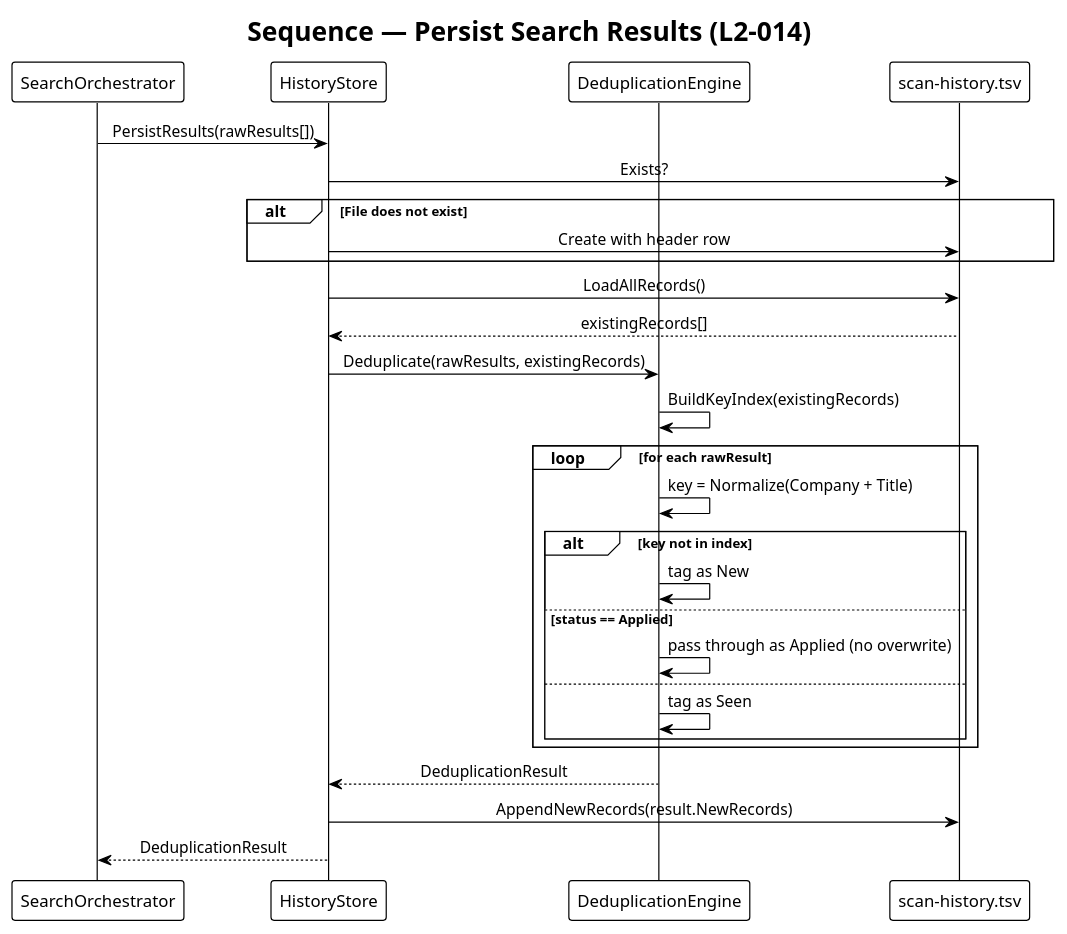
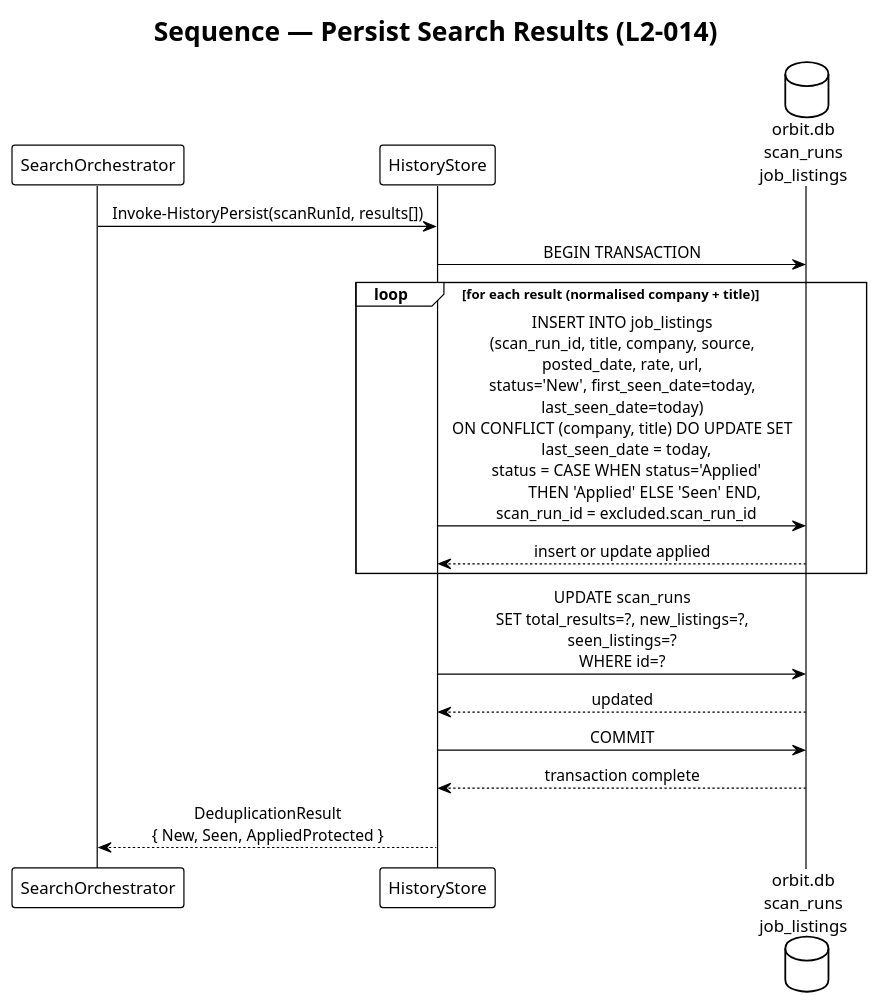
Before and after one commit to QuinntyneBrown/Orbit: the diagram in docs/detailed-designs/06-search-history-and-deduplication/diagrams/sequence_persist_results.puml, drawn with PlantUML. The commit also changed 10 other files, not shown here.

Commit message:
Add config, hooks, templates, package.json, and update diagrams and gitignore

```diff
--- a/docs/detailed-designs/06-search-history-and-deduplication/diagrams/sequence_persist_results.puml
+++ b/docs/detailed-designs/06-search-history-and-deduplication/diagrams/sequence_persist_results.puml
@@ -1,35 +1,25 @@
 @startuml sequence_persist_results
 !theme plain
 skinparam sequenceMessageAlign center
 
 title Sequence — Persist Search Results (L2-014)
 
 participant "SearchOrchestrator" as Orch
 participant "HistoryStore" as Store
-participant "DeduplicationEngine" as Dedup
-participant "scan-history.tsv" as TSV
+database "orbit.db\nscan_runs\njob_listings" as DB
 
-Orch -> Store : PersistResults(rawResults[])
-Store -> TSV : Exists?
-alt File does not exist
-    Store -> TSV : Create with header row
+Orch -> Store : Invoke-HistoryPersist(scanRunId, results[])
+Store -> DB : BEGIN TRANSACTION
+
+loop for each result (normalised company + title)
+    Store -> DB : INSERT INTO job_listings\n(scan_run_id, title, company, source,\nposted_date, rate, url,\nstatus='New', first_seen_date=today,\nlast_seen_date=today)\nON CONFLICT (company, title) DO UPDATE SET\n  last_seen_date = today,\n  status = CASE WHEN status='Applied'\n           THEN 'Applied' ELSE 'Seen' END,\n  scan_run_id = excluded.scan_run_id
+    DB --> Store : insert or update applied
 end
-Store -> TSV : LoadAllRecords()
-TSV --> Store : existingRecords[]
-Store -> Dedup : Deduplicate(rawResults, existingRecords)
-Dedup -> Dedup : BuildKeyIndex(existingRecords)
-loop for each rawResult
-    Dedup -> Dedup : key = Normalize(Company + Title)
-    alt key not in index
-        Dedup -> Dedup : tag as New
-    else status == Applied
-        Dedup -> Dedup : pass through as Applied (no overwrite)
-    else
-        Dedup -> Dedup : tag as Seen
-    end
-end
-Dedup --> Store : DeduplicationResult
-Store -> TSV : AppendNewRecords(result.NewRecords)
-Store --> Orch : DeduplicationResult
+
+Store -> DB : UPDATE scan_runs\nSET total_results=?, new_listings=?,\nseen_listings=?\nWHERE id=?
+DB --> Store : updated
+Store -> DB : COMMIT
+DB --> Store : transaction complete
+Store --> Orch : DeduplicationResult\n{ New, Seen, AppliedProtected }
 
 @enduml
```
